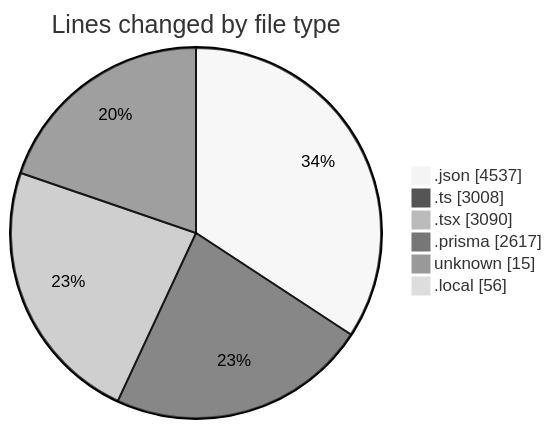
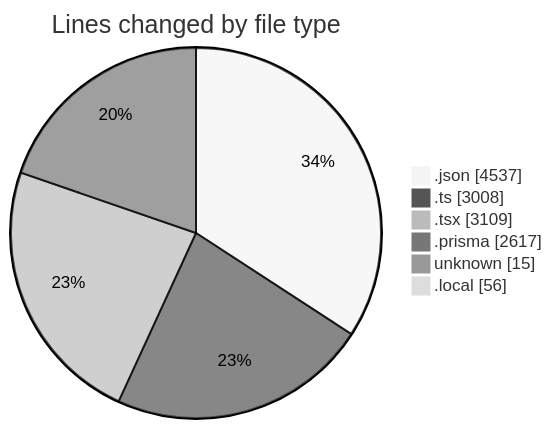
Before and after one commit to CELIANVF/code-tracking: the first of 2 diagrams in 2025-05-15/ecodeli-1/README.md, drawn with Mermaid (neutral theme). The commit also changed other lines of this file and 1 other file, not shown here.

````diff
--- a/2025-05-15/ecodeli-1/README.md
+++ b/2025-05-15/ecodeli-1/README.md
@@ -42,10 +42,10 @@
 ```mermaid
 pie showData
 title Lines changed by file type
 ".json" : 4537
 ".ts" : 3008
-".tsx" : 3090
+".tsx" : 3109
 ".prisma" : 2617
 "unknown" : 15
 ".local" : 56
 ```
````
